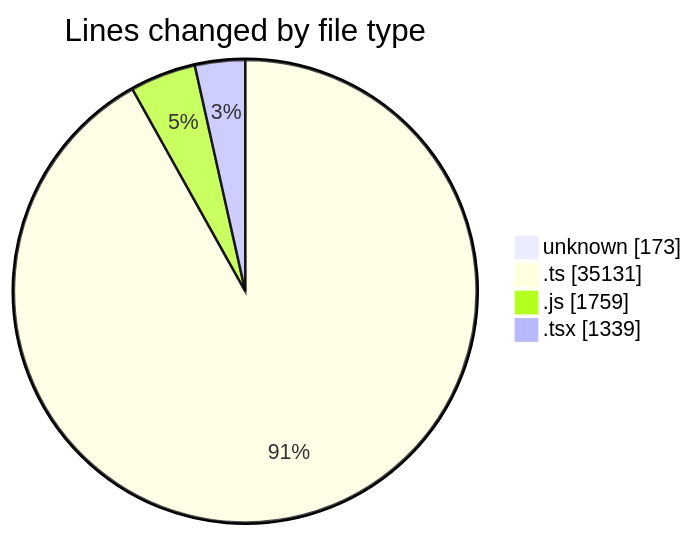
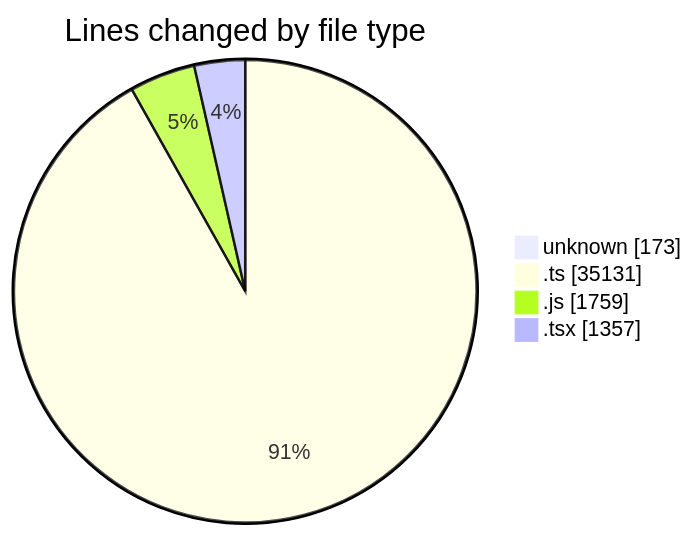
The first of 2 diagrams in 2026-08-24/cda/README.md (momahboobian/code-tracking), drawn with Mermaid before and after one commit. The commit also changed other lines of this file and 1 other file, not shown here.

````diff
--- a/2026-08-24/cda/README.md
+++ b/2026-08-24/cda/README.md
@@ -42,8 +42,8 @@
 ```mermaid
 pie showData
 title Lines changed by file type
 "unknown" : 173
 ".ts" : 35131
 ".js" : 1759
-".tsx" : 1339
+".tsx" : 1357
 ```
````
